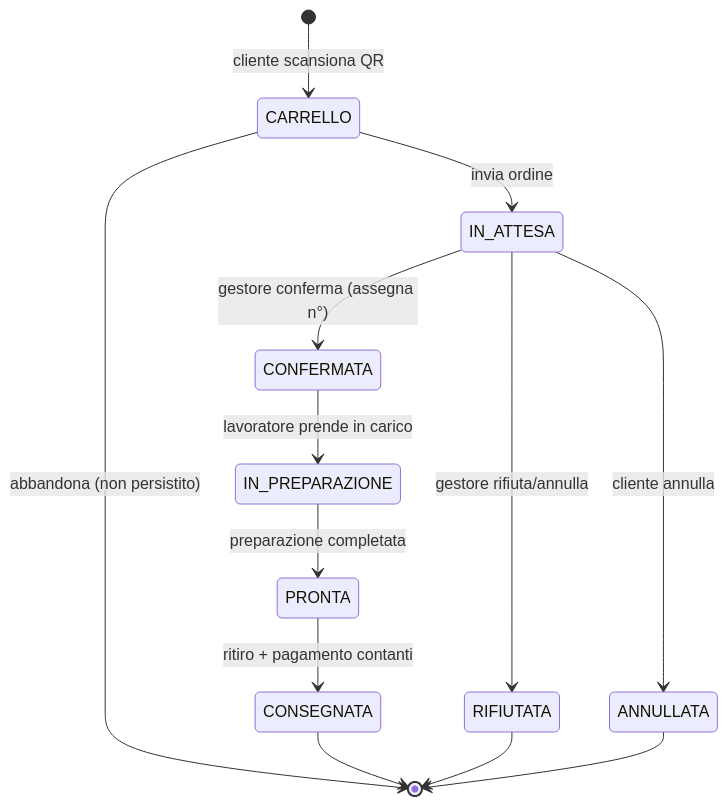
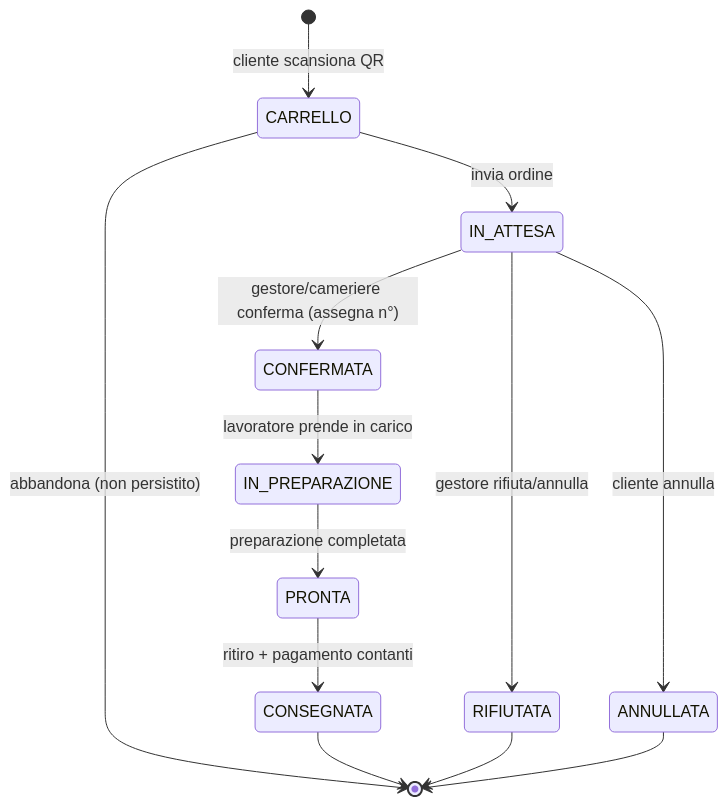
The second of 2 diagrams in docs/specifica-funzionale.md (khalld/dishdash-qr), drawn with Mermaid before and after one commit. The commit also changed other lines of this file and 30 other files, not shown here.

````diff
--- a/docs/specifica-funzionale.md
+++ b/docs/specifica-funzionale.md
@@ -86,18 +110,18 @@
 ```mermaid
 stateDiagram-v2
     [*] --> CARRELLO : cliente scansiona QR
     CARRELLO --> IN_ATTESA : invia ordine
     CARRELLO --> [*] : abbandona (non persistito)
 
-    IN_ATTESA --> CONFERMATA : gestore conferma (assegna n°)
+    IN_ATTESA --> CONFERMATA : gestore/cameriere conferma (assegna n°)
     IN_ATTESA --> RIFIUTATA : gestore rifiuta/annulla
     IN_ATTESA --> ANNULLATA : cliente annulla
 
     CONFERMATA --> IN_PREPARAZIONE : lavoratore prende in carico
     IN_PREPARAZIONE --> PRONTA : preparazione completata
     PRONTA --> CONSEGNATA : ritiro + pagamento contanti
 
     CONSEGNATA --> [*]
     RIFIUTATA --> [*]
     ANNULLATA --> [*]
 ```
````
